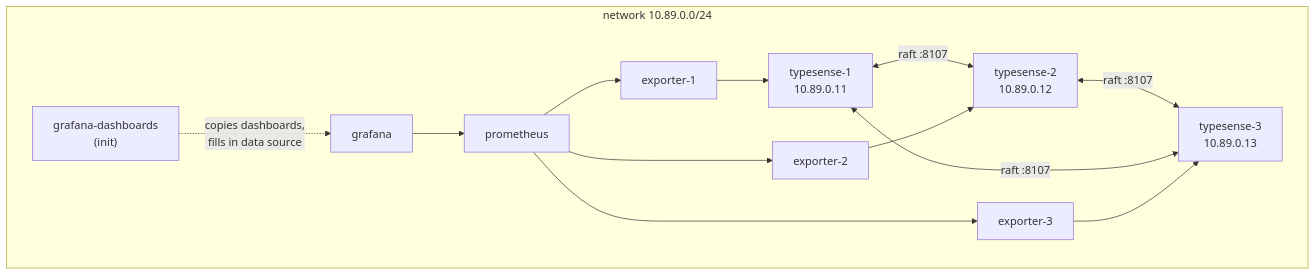
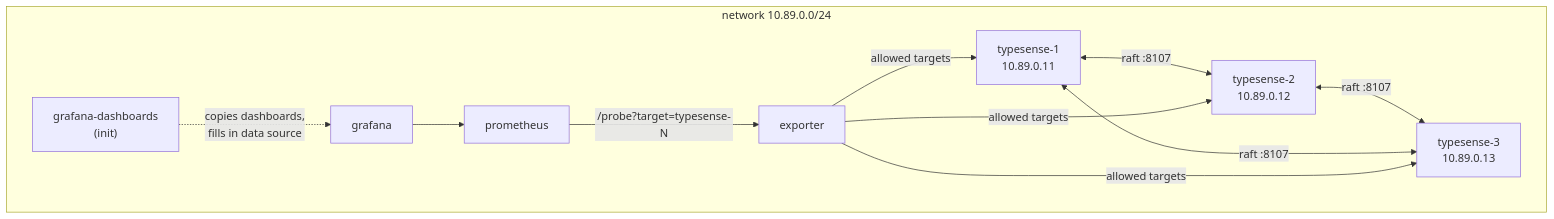
The third of 3 diagrams in docs/architecture.md (imatefx/typesense-prometheus-exporter), drawn with Mermaid before and after one commit. The commit also changed other lines of this file and 19 other files, not shown here.

Commit message:
feat: multi-target /probe endpoint with allow list; release 1.1.0

````diff
--- a/docs/architecture.md
+++ b/docs/architecture.md
@@ -86,14 +88,12 @@
 ```mermaid
 flowchart TB
     subgraph net["network 10.89.0.0/24"]
         T1["typesense-1<br/>10.89.0.11"] <-->|raft :8107| T2["typesense-2<br/>10.89.0.12"]
         T2 <-->|raft :8107| T3["typesense-3<br/>10.89.0.13"]
         T1 <-->|raft :8107| T3
-        E1[exporter-1] --> T1
-        E2[exporter-2] --> T2
-        E3[exporter-3] --> T3
-        P[prometheus] --> E1 & E2 & E3
+        E[exporter] -->|"allowed targets"| T1 & T2 & T3
+        P[prometheus] -->|"/probe?target=typesense-N"| E
         G[grafana] --> P
         I["grafana-dashboards<br/>(init)"] -.->|"copies dashboards,<br/>fills in data source"| G
     end
 ```
````
